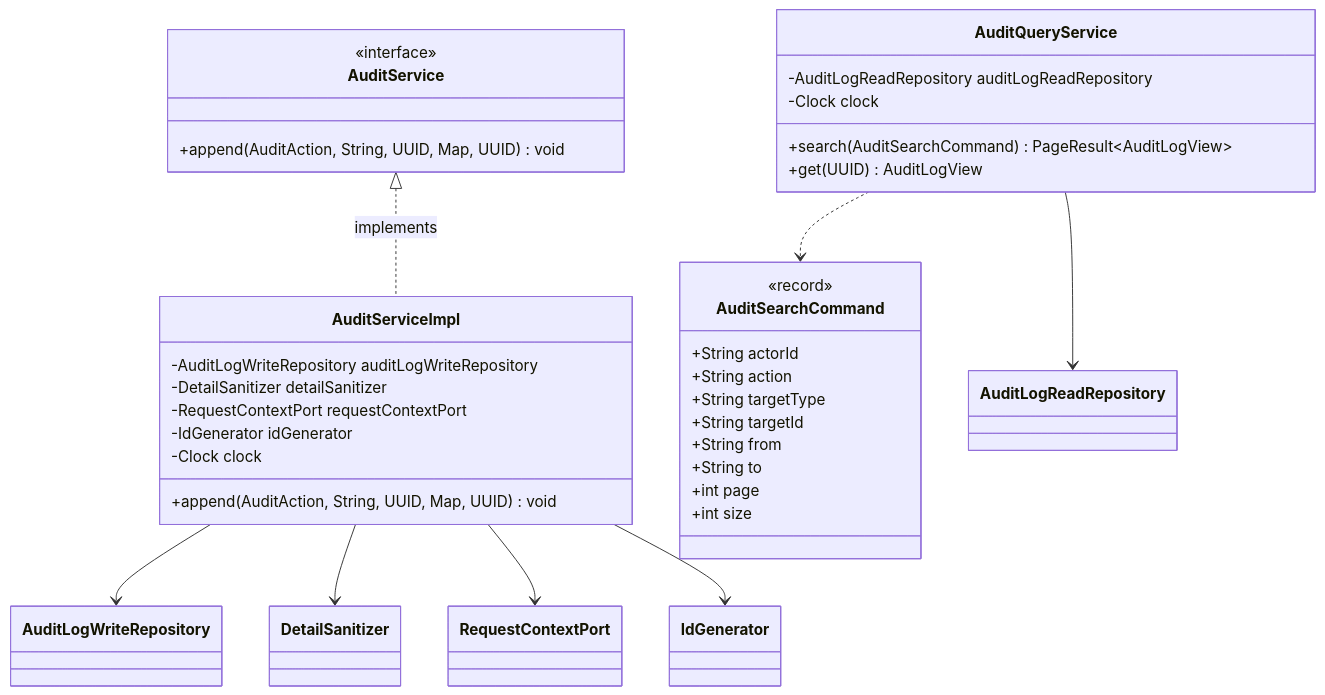
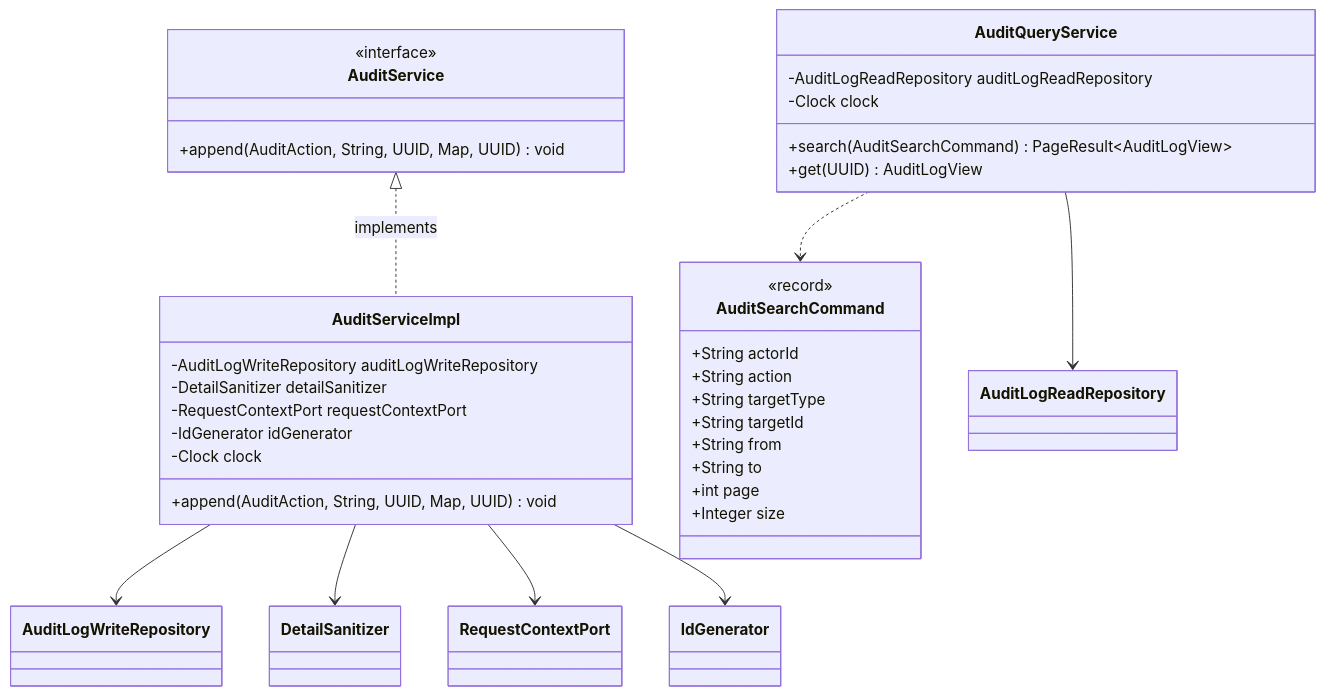
Before and after one commit to ryohei-sumii/ForgeHub: the fifth of 9 diagrams in docs/design/class/f-05-audit-log-backend-class.md, drawn with Mermaid. The commit also changed other lines of this file and 1 other file, not shown here.

````diff
--- a/docs/design/class/f-05-audit-log-backend-class.md
+++ b/docs/design/class/f-05-audit-log-backend-class.md
@@ -564,39 +564,39 @@
 ```mermaid
 classDiagram
     class AuditService {
         <<interface>>
         +append(AuditAction, String, UUID, Map, UUID) void
     }
     class AuditServiceImpl {
         -AuditLogWriteRepository auditLogWriteRepository
         -DetailSanitizer detailSanitizer
         -RequestContextPort requestContextPort
         -IdGenerator idGenerator
         -Clock clock
         +append(AuditAction, String, UUID, Map, UUID) void
     }
     class AuditQueryService {
         -AuditLogReadRepository auditLogReadRepository
         -Clock clock
         +search(AuditSearchCommand) PageResult~AuditLogView~
         +get(UUID) AuditLogView
     }
     class AuditSearchCommand {
         <<record>>
         +String actorId
         +String action
         +String targetType
         +String targetId
         +String from
         +String to
         +int page
-        +int size
+        +Integer size
     }
     AuditService <|.. AuditServiceImpl : implements
     AuditServiceImpl --> AuditLogWriteRepository
     AuditServiceImpl --> DetailSanitizer
     AuditServiceImpl --> RequestContextPort
     AuditServiceImpl --> IdGenerator
     AuditQueryService --> AuditLogReadRepository
     AuditQueryService ..> AuditSearchCommand
 ```
````
